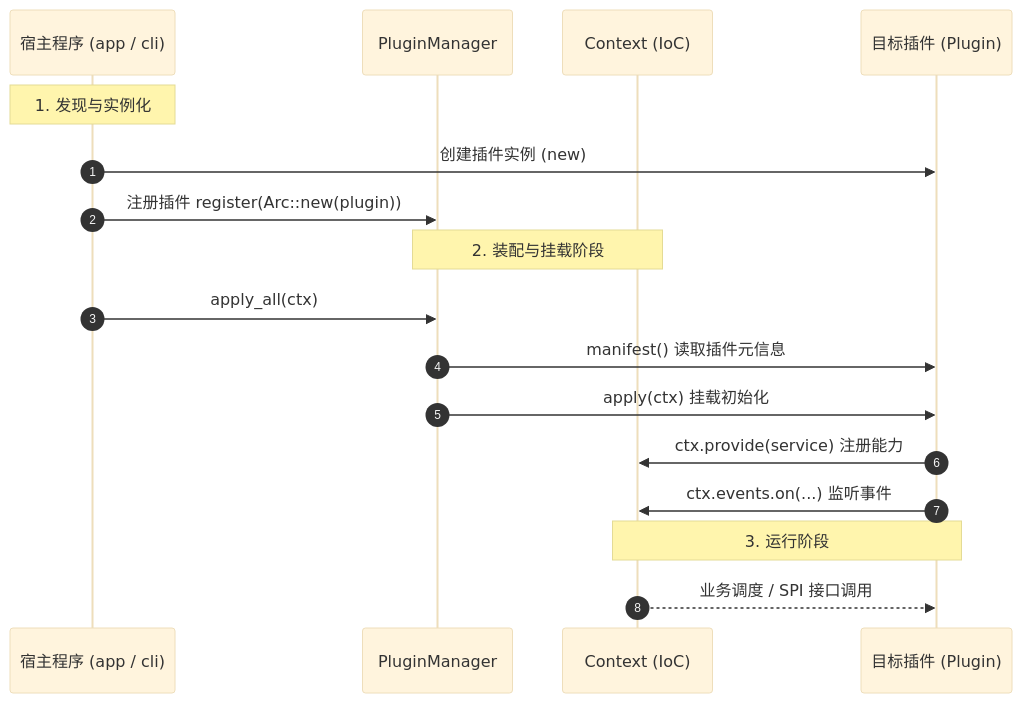
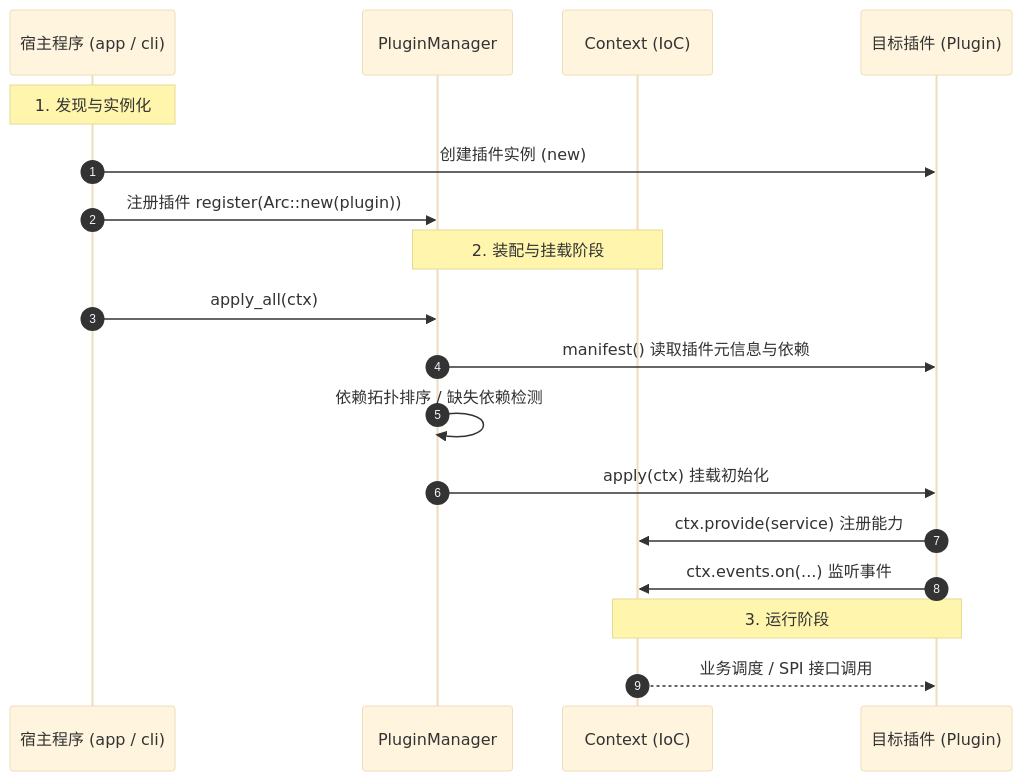
One commit to CherryKingOne/leo-studio changed the second of 2 diagrams in docs/plugins/README.md. Above: the diagram before and after it, drawn with Mermaid (base theme). The commit also changed other lines of this file and 20 other files, not shown here.

````diff
--- a/docs/plugins/README.md
+++ b/docs/plugins/README.md
@@ -82,22 +82,23 @@
 ```mermaid
 sequenceDiagram
     autonumber
     participant Host as 宿主程序 (app / cli)
     participant Mgr as PluginManager
     participant Ctx as Context (IoC)
     participant Plugin as 目标插件 (Plugin)
 
     Note over Host: 1. 发现与实例化
     Host->>Plugin: 创建插件实例 (new)
     Host->>Mgr: 注册插件 register(Arc::new(plugin))
     
     Note over Mgr,Ctx: 2. 装配与挂载阶段
     Host->>Mgr: apply_all(ctx)
-    Mgr->>Plugin: manifest() 读取插件元信息
+    Mgr->>Plugin: manifest() 读取插件元信息与依赖
+    Mgr->>Mgr: 依赖拓扑排序 / 缺失依赖检测
     Mgr->>Plugin: apply(ctx) 挂载初始化
     Plugin->>Ctx: ctx.provide(service) 注册能力
     Plugin->>Ctx: ctx.events.on(...) 监听事件
     
     Note over Ctx,Plugin: 3. 运行阶段
     Ctx-->>Plugin: 业务调度 / SPI 接口调用
 ```
````
